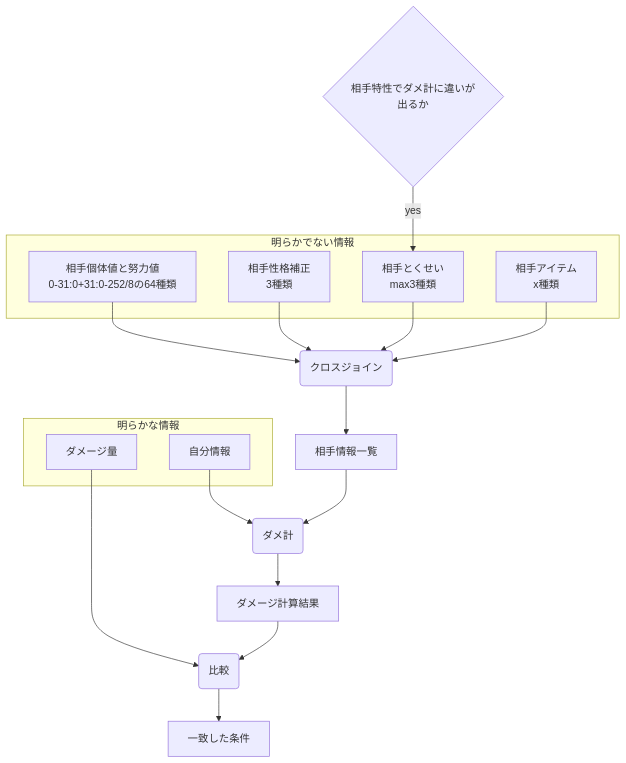
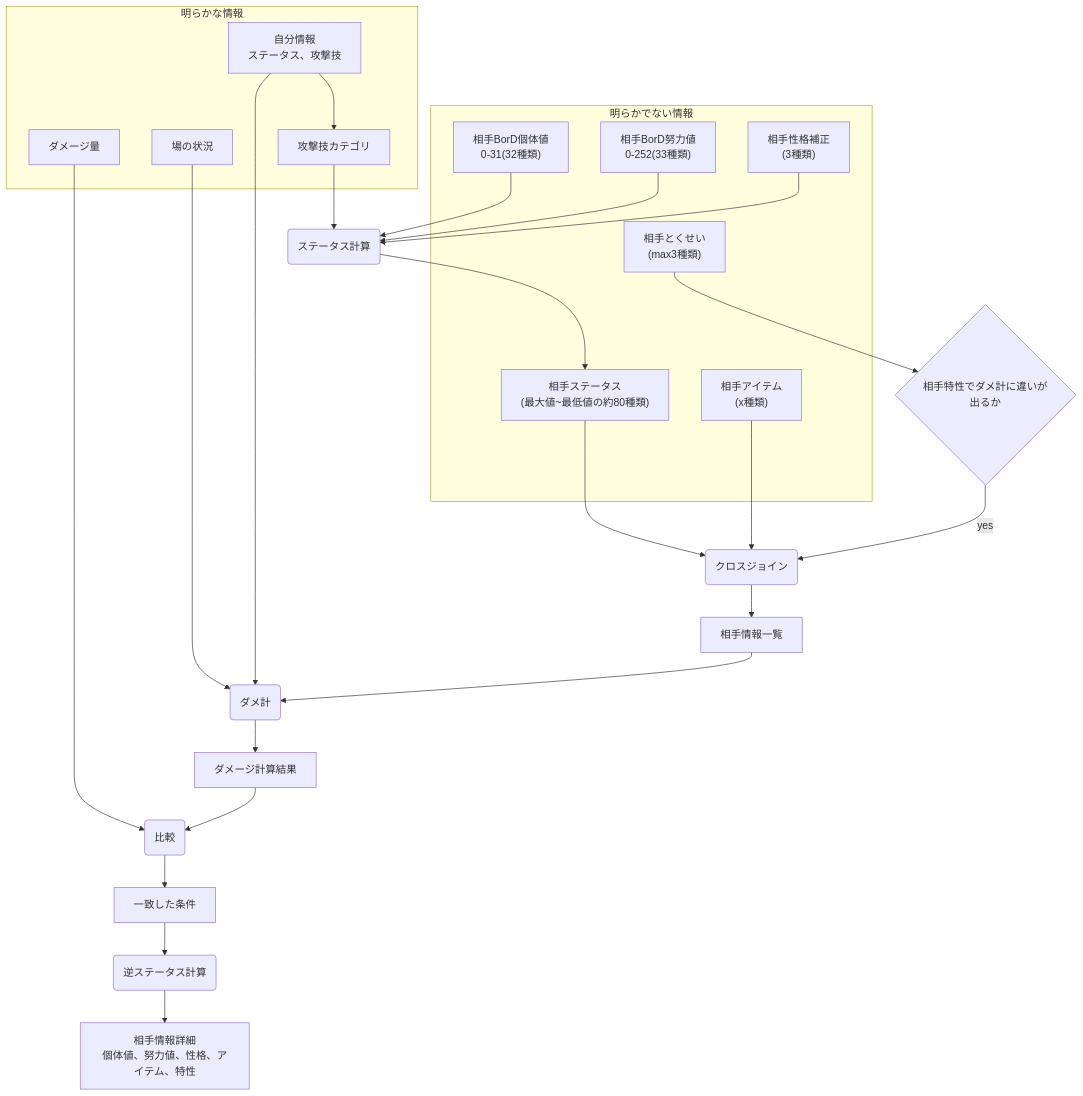
Before and after one commit to okuokuch/calc_damage_for_pokemon: the diagram in guess_status.md, drawn with Mermaid.

Commit message:
フローチャート更新

````diff
--- a/guess_status.md
+++ b/guess_status.md
@@ -61,37 +61,51 @@
 ``` mermaid
 graph TD
-	objA[自分情報]
-	objB[相手個体値と努力値<br>0-31:0+31:0-252/8の64種類]
-	objC[相手性格補正<br>3種類]
-	objD[相手とくせい<br>max3種類]
-	objE[相手情報一覧]
-	objF[ダメージ量]
-	objG[ダメージ計算結果]
-	objH[一致した条件]
-	objI[相手アイテム<br>x種類]
+	oMyInfo["自分情報<br>ステータス、攻撃技"]
+	oCondition["場の状況"]
+	oEneIV["相手BorD個体値<br>0-31(32種類)"]
+	oEneEV["相手BorD努力値<br>0-252(33種類)"]
+	oEneNat["相手性格補正<br>(3種類)"]
+	oEneStat["相手ステータス<br>(最大値~最低値の約80種類)"]
+	oEneAbi["相手とくせい<br>(max3種類)"]
+	oEneItm["相手アイテム<br>(x種類)"]
+	oEneInfo["相手情報一覧"]
+	oDam["ダメージ量"]
+	oDamRsl["ダメージ計算結果"]
+	oMoveType["攻撃技カテゴリ"]
+	oSearchRslt["一致した条件"]
+	oSearchedInfo["相手情報詳細<br>個体値、努力値、性格、アイテム、特性"]
+	
 
 	subgraph 明らかな情報
-		objA
-		objF
+		oMyInfo
+		oCondition
+		oMoveType
+		oDam
 	end
 	subgraph 明らかでない情報
-		objB
-		objC
-		objD
-		objI
+		oEneIV
+		oEneEV
+		oEneNat
+		oEneAbi
+		oEneItm
+		oEneStat
 	end
-	flowA(クロスジョイン)
-	flowB(ダメ計)
-	flowC(比較)
+	fCalcStat(ステータス計算)
+	fCrossJoin(クロスジョイン)
+	fCalcDamage(ダメ計)
+	fCompare(比較)
+	fReverseCalcStatus(逆ステータス計算)
 
-	if{相手特性でダメ計に違いが出るか}
+	ifAbility{相手特性でダメ計に違いが出るか}
 
-	if -->|yes| objD
+	oEneAbi --> ifAbility
+	oMyInfo --> oMoveType
+	 oMoveType & oEneIV & oEneEV & oEneNat -->fCalcStat --> oEneStat
 
-	objB & objC & objD & objI --> flowA --> objE
+	oEneStat  & oEneItm --> fCrossJoin --> oEneInfo
+	ifAbility -->|yes| fCrossJoin
 
-	objA & objE --> flowB -->objG
+	oCondition & oMyInfo & oEneInfo --> fCalcDamage -->oDamRsl
 
-	objF & objG --> flowC --> objH
-
+	oDam & oDamRsl --> fCompare --> oSearchRslt -->fReverseCalcStatus --> oSearchedInfo
 ```
````
